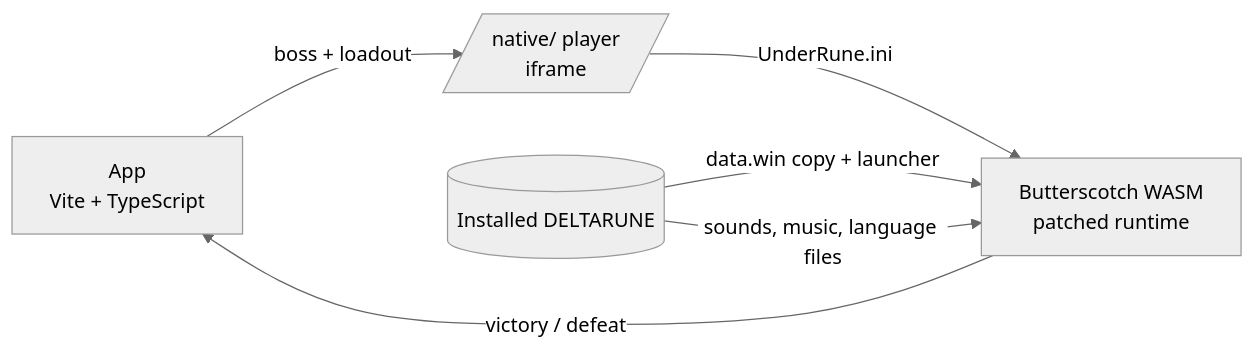
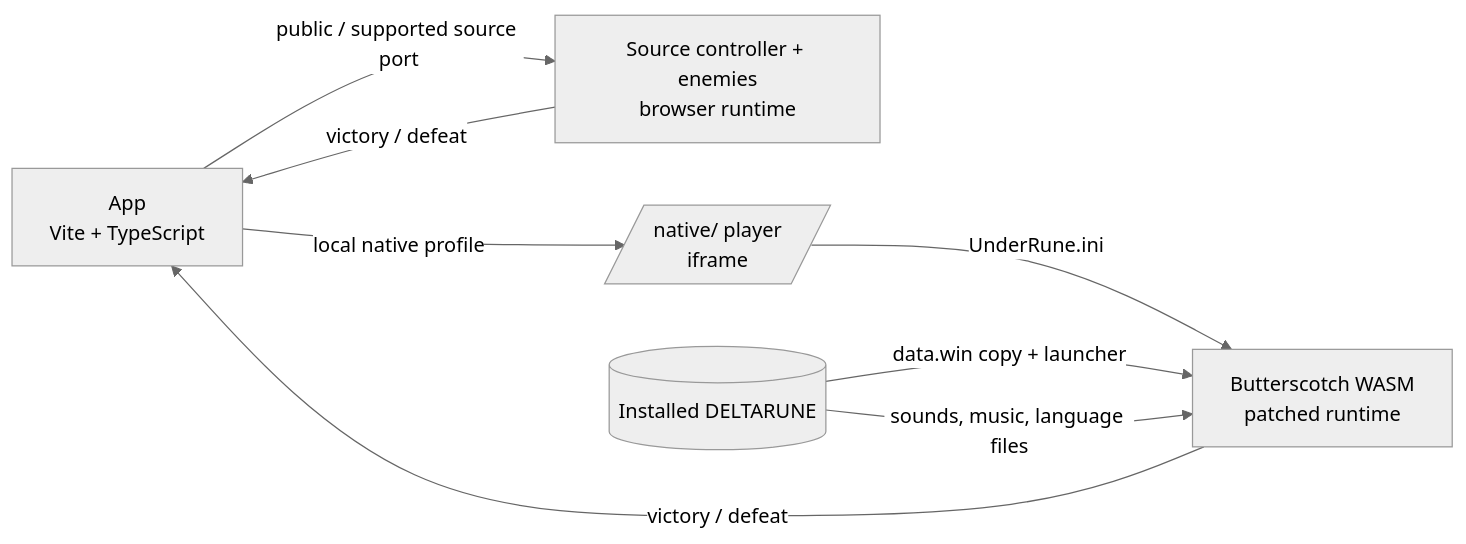
Before and after one commit to KaanAlper/UnderRune: the diagram in README.md, drawn with Mermaid (neutral theme). The commit also changed other lines of this file and 48 other files, not shown here.

````diff
--- a/README.md
+++ b/README.md
@@ -26,8 +27,10 @@
 ```mermaid
 flowchart LR
-  A[App<br/>Vite + TypeScript] -- boss + loadout --> B[/native/ player<br/>iframe/]
+  A[App<br/>Vite + TypeScript] -- public / supported source port --> E[Source controller + enemies<br/>browser runtime]
+  A -- local native profile --> B[/native/ player<br/>iframe/]
   B -- UnderRune.ini --> C[Butterscotch WASM<br/>patched runtime]
   D[(Installed DELTARUNE)] -- data.win copy + launcher --> C
   D -- sounds, music, language files --> C
   C -- victory / defeat --> A
+  E -- victory / defeat --> A
 ```
````
